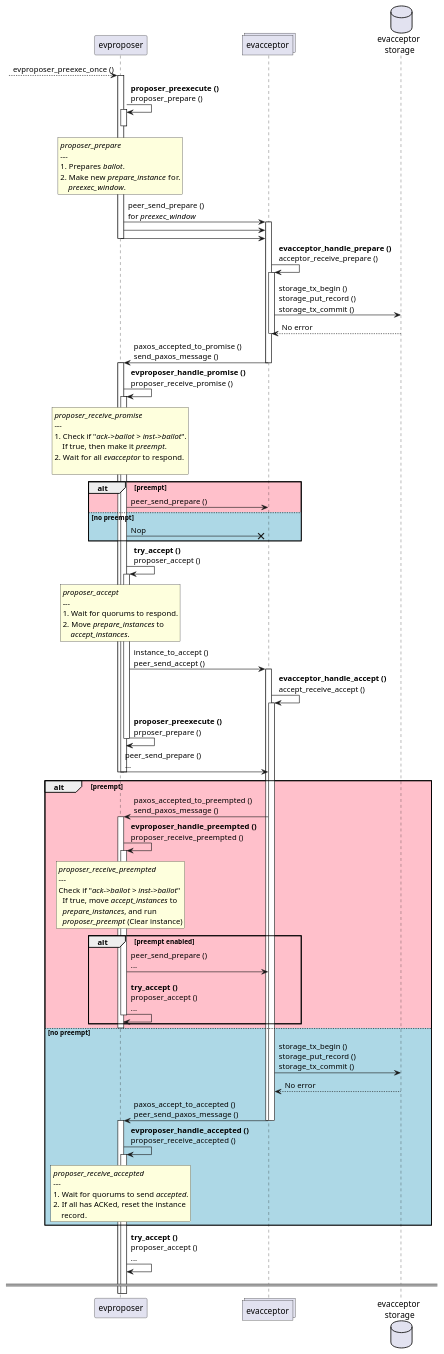
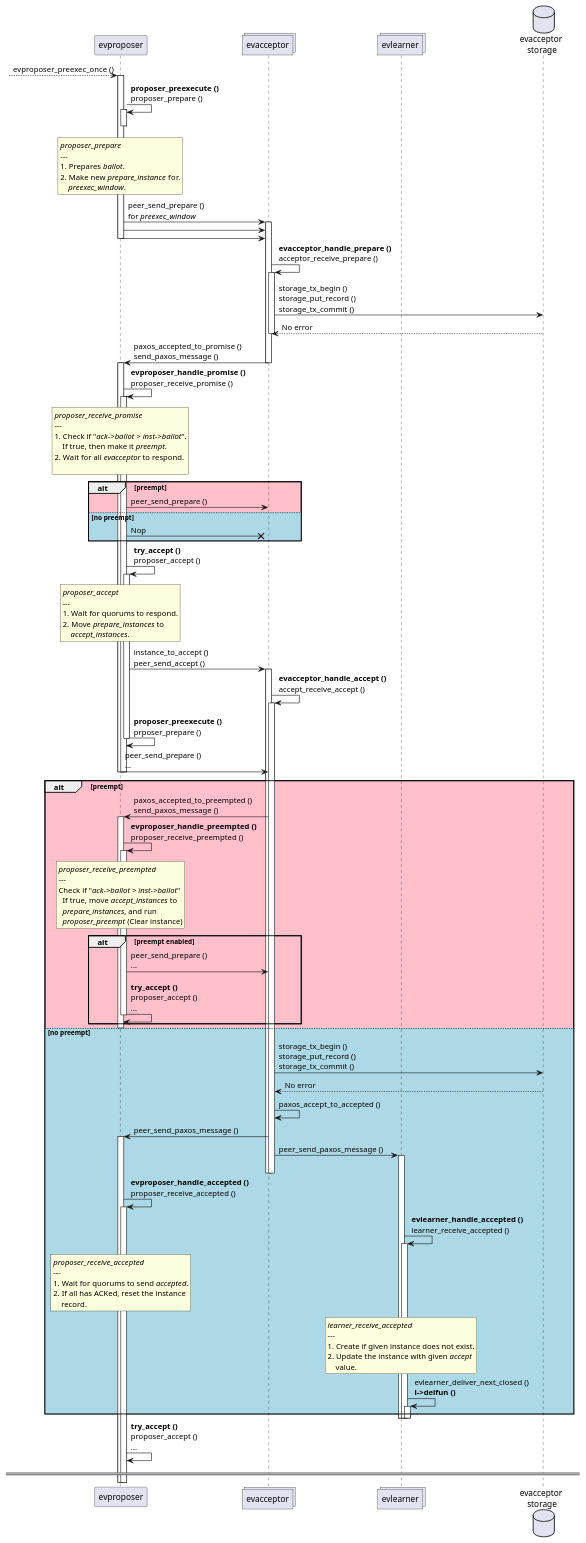
The diagram in evpaxos/phases.plantuml (sjoon-oh/libpaxos-analysis), drawn with PlantUML before and after one commit. The commit also changed 4 other files, not shown here.

```diff
--- a/evpaxos/phases.plantuml
+++ b/evpaxos/phases.plantuml
@@ -1,142 +1,159 @@
 @startuml
+
+participant evproposer order 1
+collections evacceptor order 2
+collections evlearner order 3
+database "evacceptor \nstorage" order 4
 
 ?--> evproposer: evproposer_preexec_once ()
 
 collections evacceptor
 
 activate evproposer
 evproposer -> evproposer: **proposer_preexecute ()** \nproposer_prepare ()
 
 activate evproposer
 
 rnote over evproposer
     //proposer_prepare//
     ---
     1. Prepares //ballot//.
     2. Make new //prepare_instance// for.
         //preexec_window//.
 end note
 
 'hnote over evproposer
 '    for //preexec_window//
 'end note
 deactivate evproposer
 
 evproposer -> evacceptor: peer_send_prepare () \nfor //preexec_window//
 activate evacceptor
 evproposer -> evacceptor
 evproposer -> evacceptor
 
 deactivate evproposer
 
 evacceptor -> evacceptor: **evacceptor_handle_prepare ()**\nacceptor_receive_prepare ()
 
-database "evacceptor \nstorage"
 activate evacceptor
 evacceptor -> "evacceptor \nstorage": storage_tx_begin () \nstorage_put_record ()\nstorage_tx_commit ()
 "evacceptor \nstorage" --> evacceptor: No error
 deactivate evacceptor
 
 evacceptor -> evproposer: paxos_accepted_to_promise () \nsend_paxos_message ()
 
 deactivate evacceptor
 activate evproposer
 
 evproposer -> evproposer: **evproposer_handle_promise ()** \nproposer_receive_promise ()
 activate evproposer
 
 rnote over evproposer
     //proposer_receive_promise//
     ---
     1. Check if "//ack->ballot > inst->ballot//".
         If true, then make it //preempt//.
     2. Wait for all //evacceptor// to respond.
 
 end note
 
 alt #Pink preempt 
     evproposer -> evacceptor: peer_send_prepare ()
 else #Lightblue no preempt
     evproposer ->x evacceptor: Nop
 end
 
 
 evproposer -> evproposer: **try_accept ()** \nproposer_accept ()
 activate evproposer
 
 rnote over evproposer
     //proposer_accept//
     ---
     1. Wait for quorums to respond.
     2. Move //prepare_instances// to 
         //accept_instances//.
 end note
 
 evproposer -> evacceptor: instance_to_accept () \npeer_send_accept ()
 
 activate evacceptor
 evacceptor -> evacceptor: **evacceptor_handle_accept ()** \naccept_receive_accept ()
 activate evacceptor
 
 evproposer -> evproposer: **proposer_preexecute ()** \nprposer_prepare ()
 deactivate evproposer
 
 evproposer -> evacceptor: peer_send_prepare () \n...
 deactivate evproposer
 deactivate evproposer
 
 alt #Pink preempt
     evacceptor -> evproposer: paxos_accepted_to_preempted () \nsend_paxos_message ()
     activate evproposer
 
     evproposer -> evproposer: **evproposer_handle_preempted ()** \nproposer_receive_preempted ()
 
     activate evproposer
 
     rnote over evproposer
         //proposer_receive_preempted//
         ---
         Check if "//ack->ballot > inst->ballot//"
           If true, move //accept_instances// to 
           //prepare_instances//, and run
           //proposer_preempt// (Clear instance)
     end note
 
     alt preempt enabled
     evproposer -> evacceptor: peer_send_prepare () \n...
     evproposer -> evproposer: **try_accept ()** \nproposer_accept () \n...  
     
     deactivate evproposer
     end
 
     deactivate evproposer
 
 else #Lightblue no preempt
     evacceptor -> "evacceptor \nstorage": storage_tx_begin () \nstorage_put_record ()\nstorage_tx_commit ()
     "evacceptor \nstorage" --> evacceptor: No error
 
-    evacceptor -> evproposer: paxos_accept_to_accepted ()\npeer_send_paxos_message ()
+    evacceptor -> evacceptor: paxos_accept_to_accepted ()
+    evacceptor -> evproposer++: peer_send_paxos_message ()
+    evacceptor -> evlearner++: peer_send_paxos_message ()
+
     deactivate evacceptor
-    deactivate evacceptor
-    activate evproposer
-    
+    deactivate evacceptor    
 
-    evproposer -> evproposer: **evproposer_handle_accepted ()** \nproposer_receive_accepted ()
-
-    activate evproposer
-
+    evproposer -> evproposer++: **evproposer_handle_accepted ()** \nproposer_receive_accepted ()
+    evlearner -> evlearner++: **evlearner_handle_accepted ()** \nlearner_receive_accepted ()
 
     rnote over evproposer
         //proposer_receive_accepted//
         ---
         1. Wait for quorums to send //accepted//.
         2. If all has ACKed, reset the instance 
             record.
     end note
-end
+
+    rnote over evlearner
+        //learner_receive_accepted//
+        ---
+        1. Create if given instance does not exist.
+        2. Update the instance with given //accept//
+            value.
+    end note
+
+    evlearner -> evlearner++: evlearner_deliver_next_closed () \n**l->delfun ()**
+end 
+
+deactivate evlearner
+deactivate evlearner
+deactivate evlearner
 
 evproposer -> evproposer: **try_accept ()** \nproposer_accept () \n...
 
 ====
 
 @enduml
```
